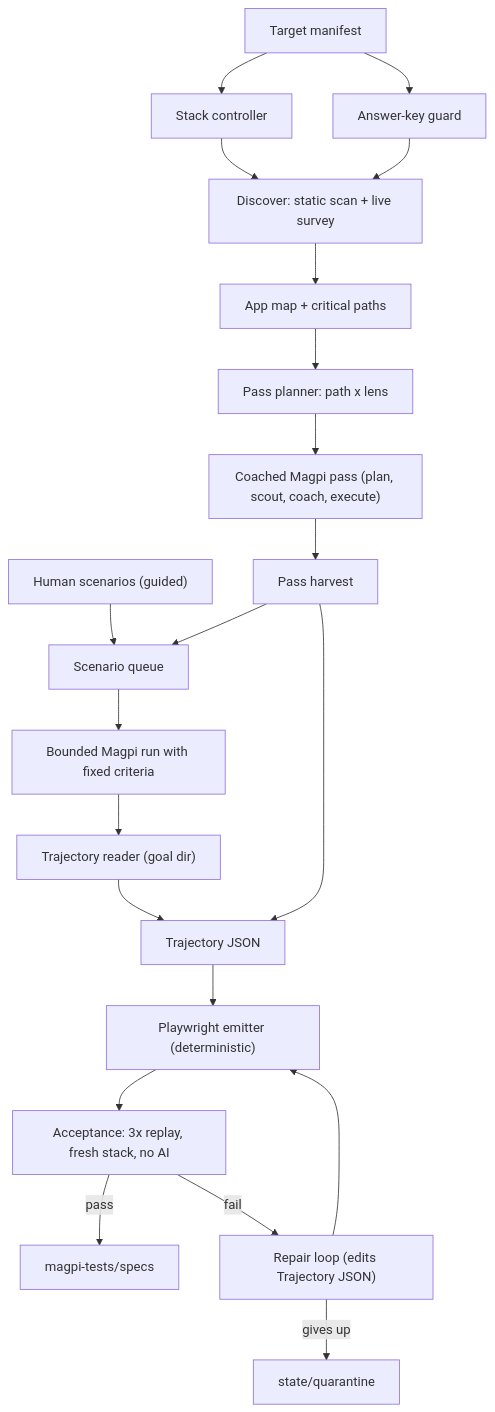
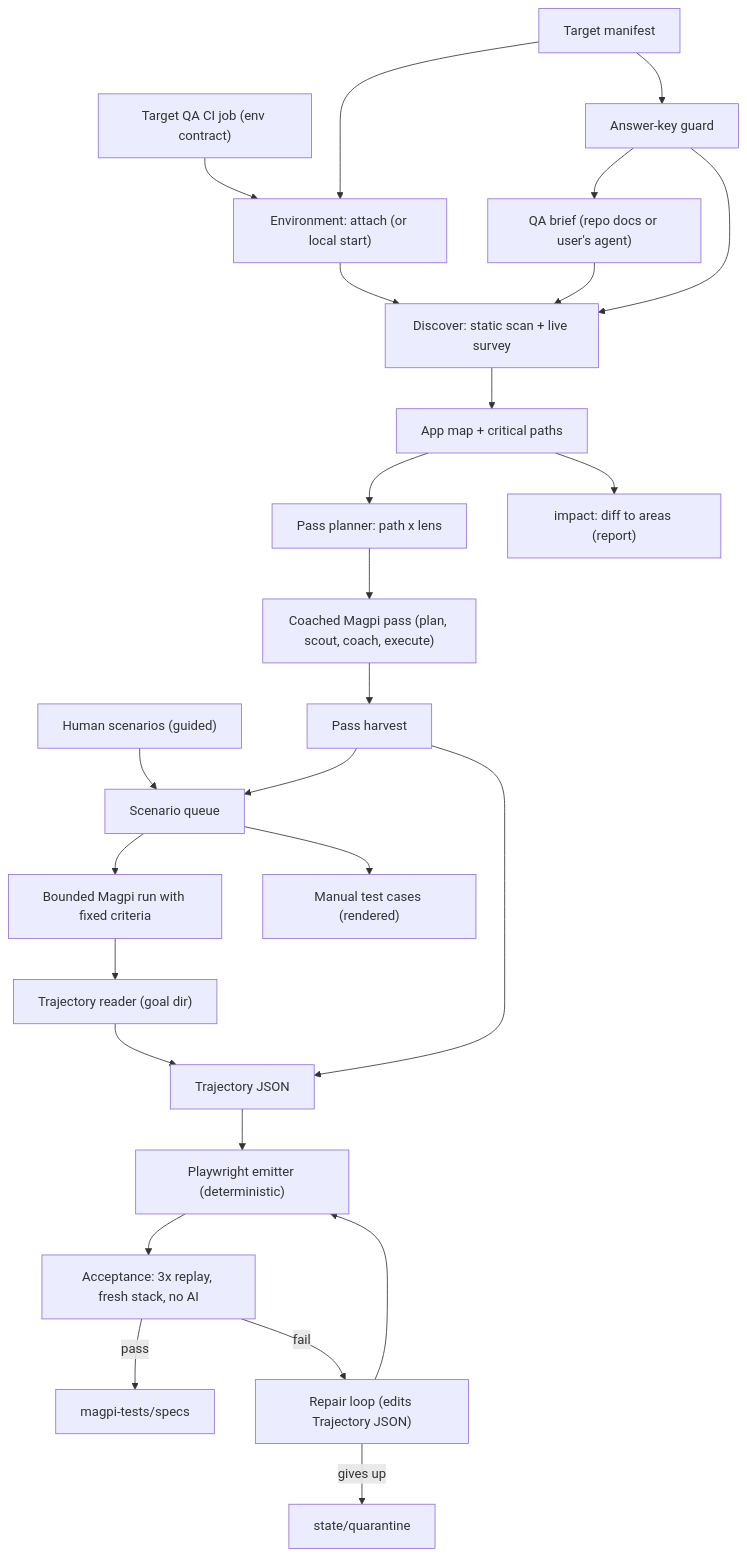
Before and after one commit to naiemk/qa-agent: the diagram in docs/specs/architecture.md, drawn with Mermaid. The commit also changed other lines of this file and 16 other files, not shown here.

Commit message:
Docs: fold MVP gap plan into M1 (attach mode, QA brief, manual cases, source links)

````diff
--- a/docs/specs/architecture.md
+++ b/docs/specs/architecture.md
@@ -8,26 +8,31 @@
 ```mermaid
 flowchart TD
-  manifest["Target manifest"] --> stack["Stack controller"]
+  ci["Target QA CI job (env contract)"] --> env["Environment: attach (or local start)"]
+  manifest["Target manifest"] --> env
   manifest --> guard["Answer-key guard"]
-  guard --> discover["Discover: static scan + live survey"]
-  stack --> discover
+  guard --> brief["QA brief (repo docs or user's agent)"]
+  brief --> discover["Discover: static scan + live survey"]
+  guard --> discover
+  env --> discover
   discover --> appMap["App map + critical paths"]
 
   humanScenarios["Human scenarios (guided)"] --> scenarios["Scenario queue"]
   appMap --> passPlanner["Pass planner: path x lens"]
   passPlanner --> coached["Coached Magpi pass (plan, scout, coach, execute)"]
   coached --> harvest["Pass harvest"]
   harvest --> scenarios
   harvest --> trajectories
 
   scenarios --> boundedRun["Bounded Magpi run with fixed criteria"]
   boundedRun --> reader["Trajectory reader (goal dir)"]
   reader --> trajectories["Trajectory JSON"]
 
   trajectories --> emitter["Playwright emitter (deterministic)"]
   emitter --> acceptance["Acceptance: 3x replay, fresh stack, no AI"]
   acceptance -->|pass| specs["magpi-tests/specs"]
+  scenarios --> manual["Manual test cases (rendered)"]
+  appMap --> impact["impact: diff to areas (report)"]
   acceptance -->|fail| repair["Repair loop (edits Trajectory JSON)"]
   repair --> emitter
   repair -->|gives up| quarantine["state/quarantine"]
 ```
````
